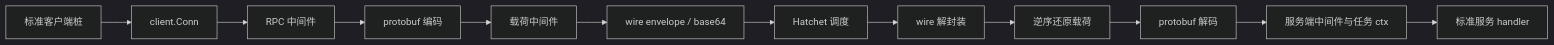
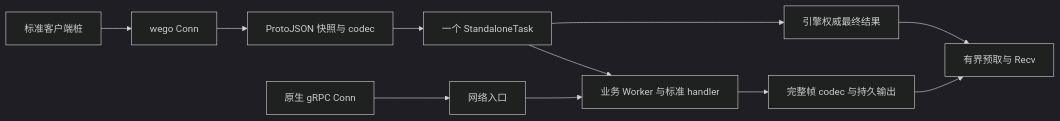
One commit to wegohub/hatchet changed the first of 2 diagrams in sdks/wego/docs/design/module.md. Above: the diagram before and after it, drawn with Mermaid (dark theme). The commit also changed other lines of this file and 379 other files, not shown here.

````diff
--- a/sdks/wego/docs/design/module.md
+++ b/sdks/wego/docs/design/module.md
@@ -182,14 +87,13 @@
 ```mermaid
 flowchart LR
-    PC[标准客户端桩] --> CC[client.Conn]
-    CC --> A[RPC 中间件]
-    A --> PB[protobuf 编码]
-    PB --> PM[载荷中间件]
-    PM --> EN[wire envelope / base64]
-    EN --> H[Hatchet 调度]
-    H --> DE[wire 解封装]
-    DE --> PR[逆序还原载荷]
-    PR --> PD[protobuf 解码]
-    PD --> SM[服务端中间件与任务 ctx]
-    SM --> BH[标准服务 handler]
+    P[标准客户端桩] --> C[wego Conn]
+    C --> I[ProtoJSON 快照与 codec]
+    I --> T[一个 StandaloneTask]
+    T --> W[业务 Worker 与标准 handler]
+    W --> L[完整帧 codec 与持久输出]
+    L --> R[有界预取与 Recv]
+    T --> A[引擎权威最终结果]
+    A --> R
+    N[原生 gRPC Conn] --> G[网络入口]
+    G --> W
 ```
````
